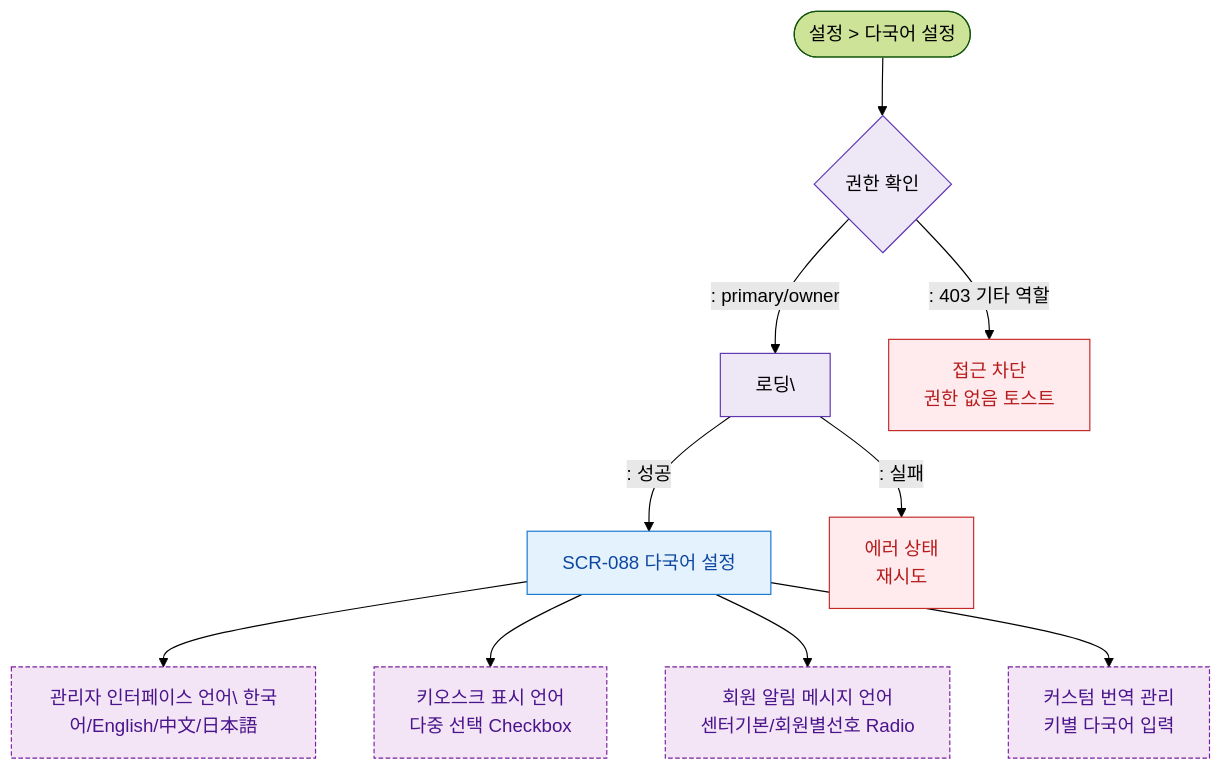
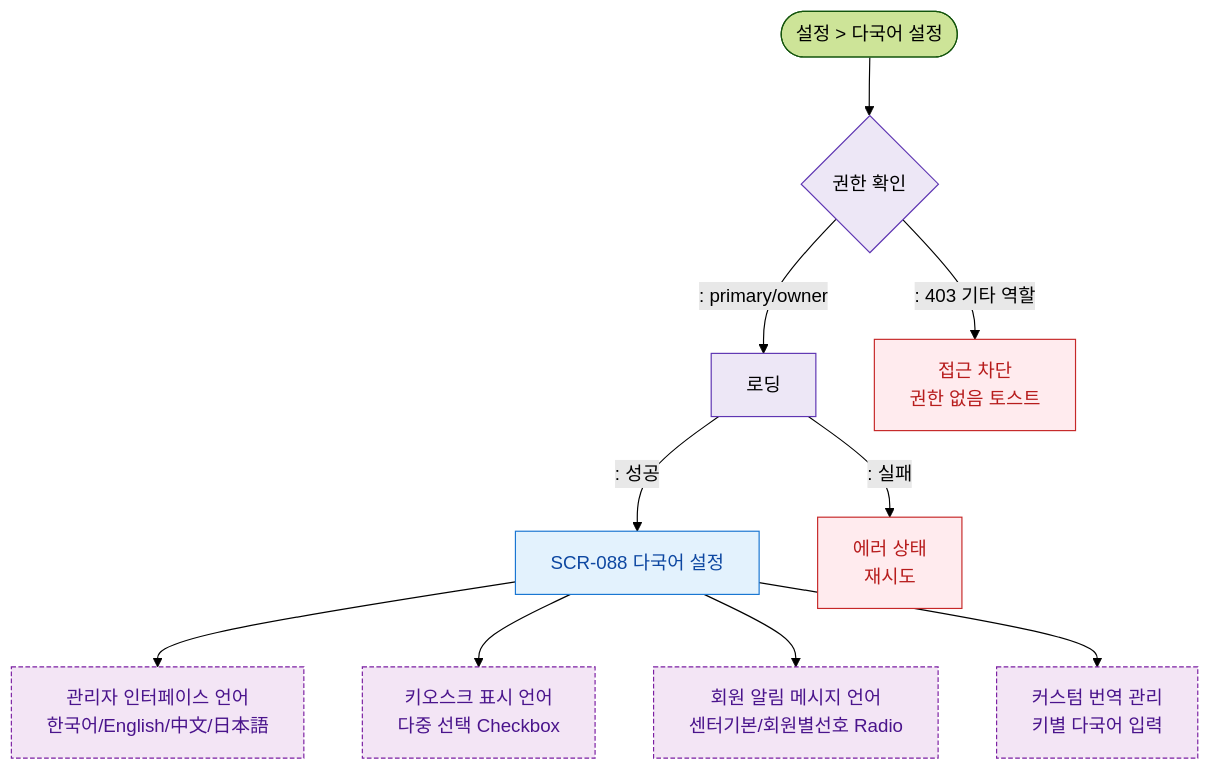
One commit to dev-spogym/admin-pando changed the diagram in docs/admin/다이어그램/D09_설정관리/SCR-088_다국어설정/F1_진입.md. Above: the diagram before and after it, drawn with Mermaid (forest theme). The commit also changed 369 other files, not shown here.

````diff
--- a/docs/admin/다이어그램/D09_설정관리/SCR-088_다국어설정/F1_진입.md
+++ b/docs/admin/다이어그램/D09_설정관리/SCR-088_다국어설정/F1_진입.md
@@ -12,23 +12,23 @@
 ```mermaid
 flowchart TD
     Sidebar([설정 > 다국어 설정]) --> Auth{권한 확인}
-    Auth -->|": primary/owner"|Loading[로딩\]
+    Auth -->|": primary/owner"|Loading[로딩]
     Auth -->|": 403 기타 역할"|Blocked[접근 차단\n권한 없음 토스트]
 
     Loading -->|": 성공"|SCR088[SCR-088 다국어 설정\n]
     Loading -->|": 실패"|ErrorState[에러 상태\n재시도]
 
-    SCR088 --> AdminLang[관리자 인터페이스 언어\ 한국어/English/中文/日本語]
+    SCR088 --> AdminLang[관리자 인터페이스 언어<br/> 한국어/English/中文/日本語]
     SCR088 --> KioskLang[키오스크 표시 언어\n다중 선택 Checkbox]
     SCR088 --> NotifyLang[회원 알림 메시지 언어\n센터기본/회원별선호 Radio]
     SCR088 --> TranslationTable[커스텀 번역 관리\n키별 다국어 입력]
 
     classDef screen fill:#E3F2FD,stroke:#1976D2,color:#0D47A1
     classDef newFeature fill:#F3E5F5,stroke:#7B1FA2,color:#4A148C,stroke-dasharray:4 2
     classDef error fill:#FFEBEE,stroke:#C62828,color:#B71C1C
     classDef system fill:#EDE7F6,stroke:#5E35B2
     class SCR088 screen
     class AdminLang,KioskLang,NotifyLang,TranslationTable newFeature
     class ErrorState,Blocked error
     class Loading,Auth system
 ```
````
